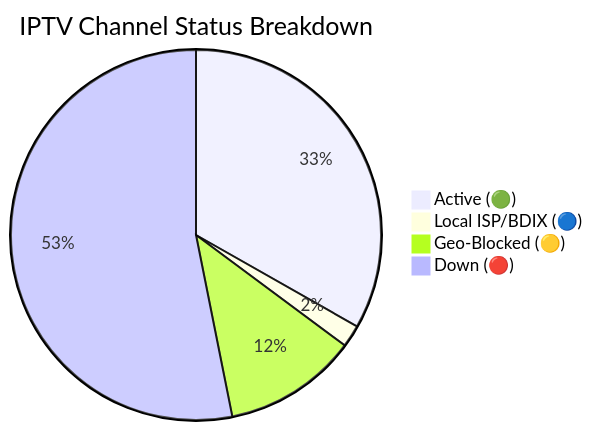
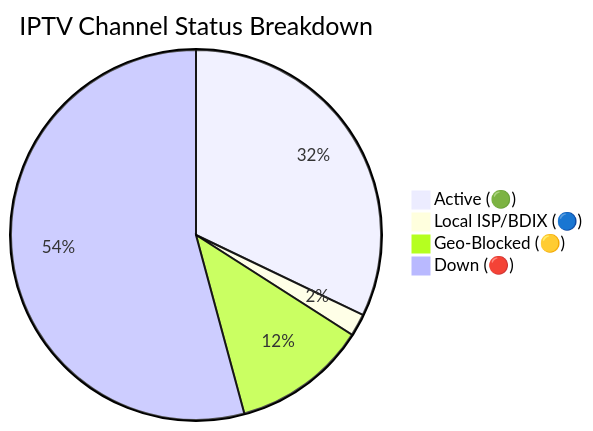
The diagram in README.md (andreataylord/Ip-tv-Collection), drawn with Mermaid before and after one commit. The commit also changed other lines of this file and 1 other file, not shown here.

Commit message:
docs(readme): auto-update daily channel status chart

````diff
--- a/README.md
+++ b/README.md
@@ -59,7 +59,7 @@
 ```mermaid
 pie title IPTV Channel Status Breakdown
-    "Active (🟢)" : 2188
+    "Active (🟢)" : 2115
     "Local ISP/BDIX (🔵)" : 128
-    "Geo-Blocked (🟡)" : 770
-    "Down (🔴)" : 3500
+    "Geo-Blocked (🟡)" : 773
+    "Down (🔴)" : 3570
 ```
````
